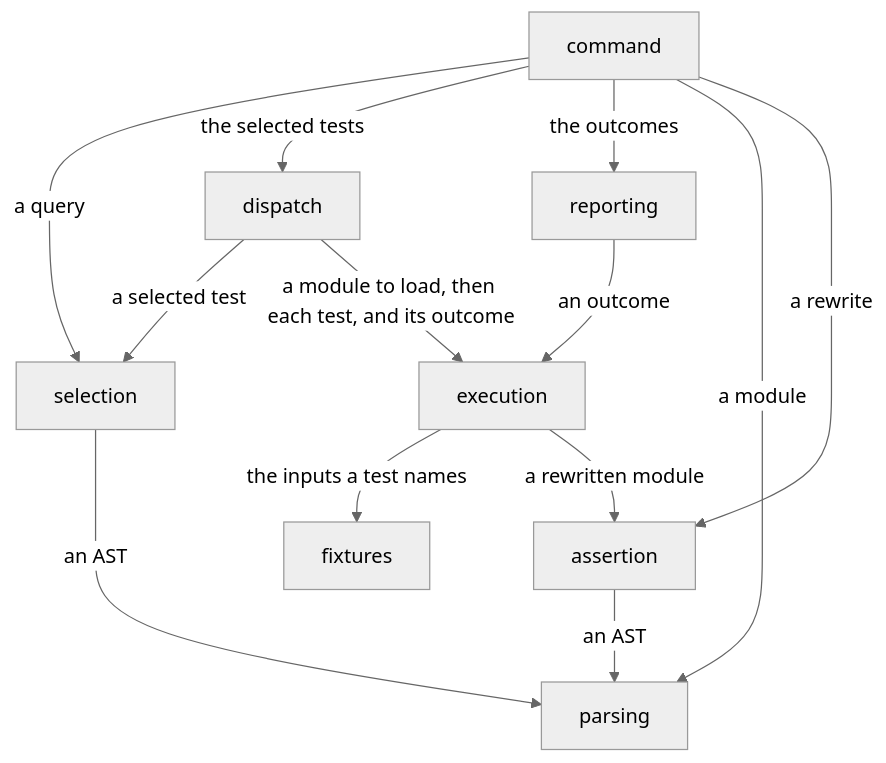
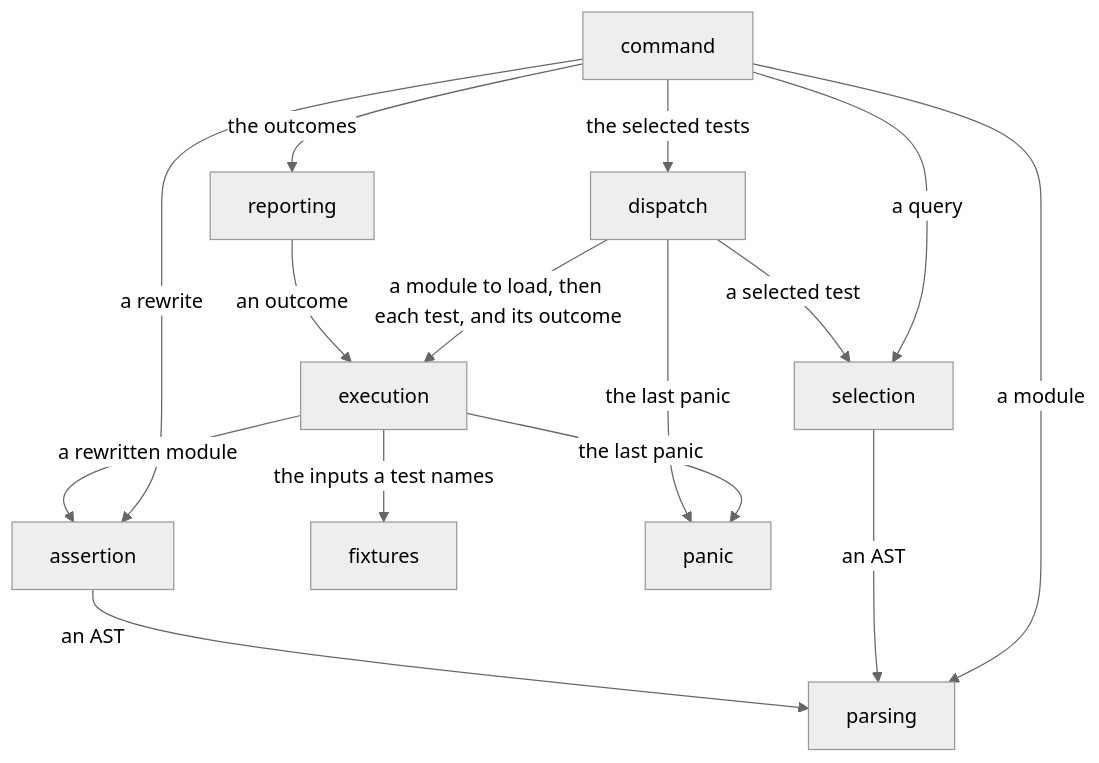
One commit to kalonji-tools/purba changed the second of 3 diagrams in LANDSCAPE.md. Above: the diagram before and after it, drawn with Mermaid (neutral theme). The commit also changed other lines of this file, not shown here.

````diff
--- a/LANDSCAPE.md
+++ b/LANDSCAPE.md
@@ -68,15 +69,17 @@
 ```mermaid
 flowchart TD
   command -- "a query" --> selection
   command -- "the selected tests" --> dispatch
   command -- "the outcomes" --> reporting
   command -- "a module" --> parsing
   command -- "a rewrite" --> assertion
   selection -- "an AST" --> parsing
   assertion -- "an AST" --> parsing
   dispatch -- "a selected test" --> selection
   dispatch -- "a module to load, then each test, and its outcome" --> execution
   execution -- "the inputs a test names" --> fixtures
   execution -- "a rewritten module" --> assertion
   reporting -- "an outcome" --> execution
+  execution -- "the last panic" --> panic
+  dispatch -- "the last panic" --> panic
 ```
````
